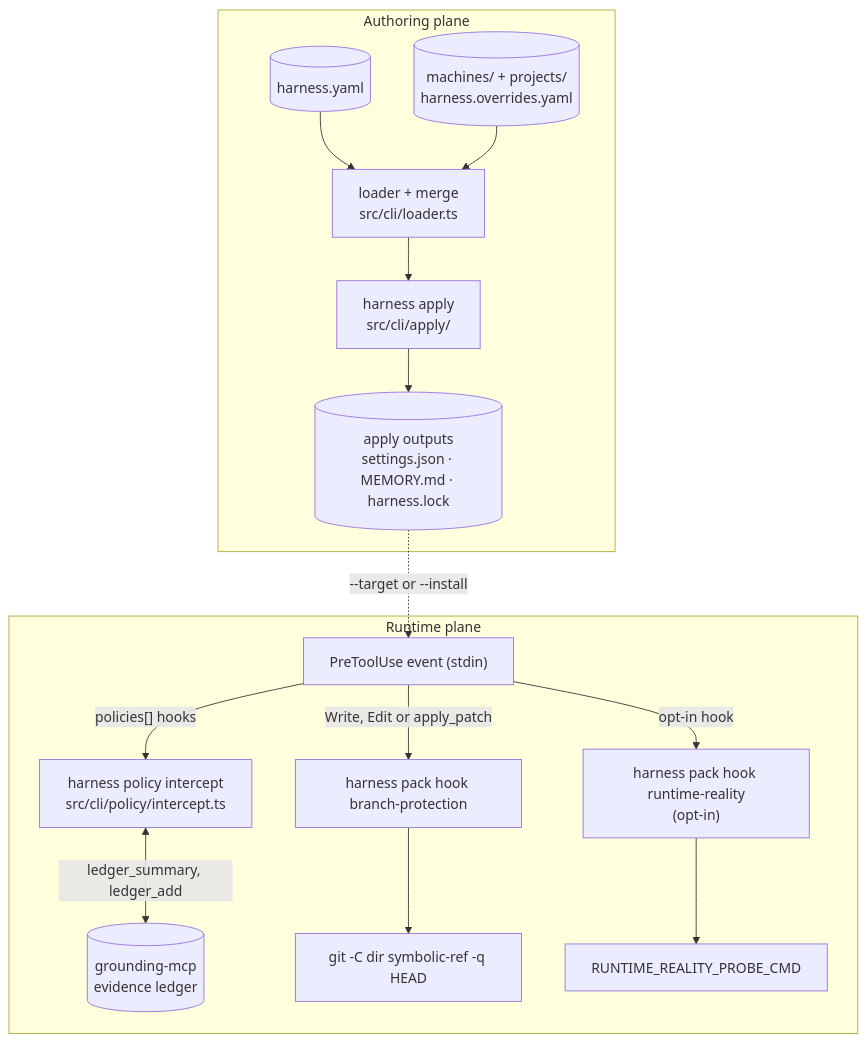
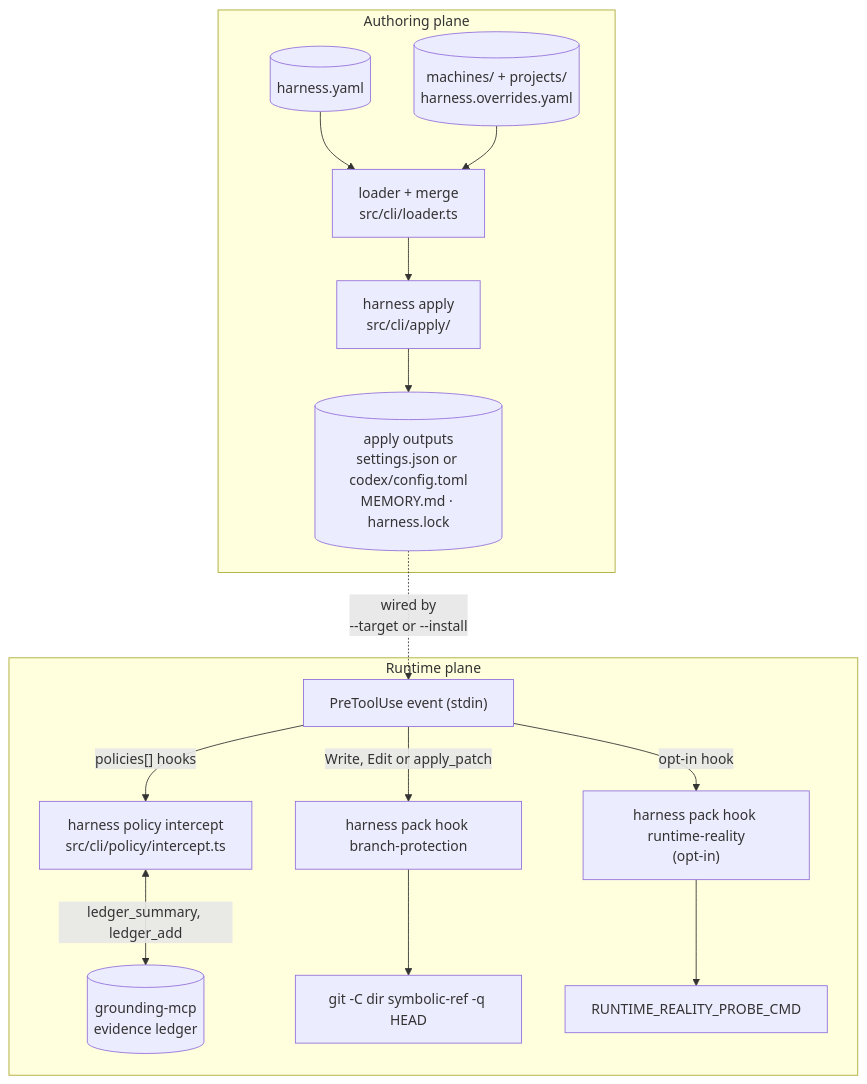
Before and after one commit to LanNguyenSi/harness: the second of 3 diagrams in docs/ARCHITECTURE.md, drawn with Mermaid. The commit also changed other lines of this file and 7 other files, not shown here.

````diff
--- a/docs/ARCHITECTURE.md
+++ b/docs/ARCHITECTURE.md
@@ -46,32 +46,32 @@
 ```mermaid
 flowchart TD
   subgraph AUTH ["Authoring plane"]
     HY[("harness.yaml")]
     OV[("machines/ + projects/<br/>harness.overrides.yaml")]
     LM["loader + merge<br/>src/cli/loader.ts"]
     APL["harness apply<br/>src/cli/apply/"]
-    OUT[("apply outputs<br/>settings.json · MEMORY.md · harness.lock")]
+    OUT[("apply outputs<br/>settings.json or codex/config.toml<br/>MEMORY.md · harness.lock")]
 
     HY --> LM
     OV --> LM
     LM --> APL
     APL --> OUT
   end
 
   subgraph RUN ["Runtime plane"]
     EVT["PreToolUse event (stdin)"]
     PI["harness policy intercept<br/>src/cli/policy/intercept.ts"]
     GR[("grounding-mcp<br/>evidence ledger")]
     BP["harness pack hook branch-protection"]
     GIT["git -C dir symbolic-ref -q HEAD"]
     RR["harness pack hook runtime-reality<br/>(opt-in)"]
     PROBE["RUNTIME_REALITY_PROBE_CMD"]
 
     EVT -->|"policies[] hooks"| PI
     PI <-->|"ledger_summary, ledger_add"| GR
     EVT -->|"Write, Edit or apply_patch"| BP --> GIT
     EVT -->|opt-in hook| RR --> PROBE
   end
 
-  OUT -.->|"--target or --install"| EVT
+  OUT -.->|"wired by<br/>--target or --install"| EVT
 ```
````
